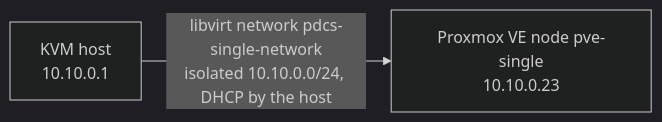
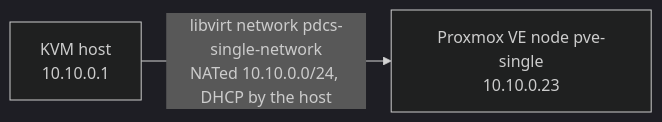
One commit to proxmox-dc-sandbox/scenarios changed the diagram in scenarios/proxmox-single-node/README.md. Above: the diagram before and after it, drawn with Mermaid (dark theme). The commit also changed other lines of this file and 6 other files, not shown here.

````diff
--- a/scenarios/proxmox-single-node/README.md
+++ b/scenarios/proxmox-single-node/README.md
@@ -25,4 +25,4 @@
 ```mermaid
 flowchart LR
-  Host[KVM host<br/>10.10.0.1] -->|libvirt network pdcs-single-network<br/>isolated 10.10.0.0/24, DHCP by the host| PVE[Proxmox VE node pve-single<br/>10.10.0.23]
+  Host[KVM host<br/>10.10.0.1] -->|libvirt network pdcs-single-network<br/>NATed 10.10.0.0/24, DHCP by the host| PVE[Proxmox VE node pve-single<br/>10.10.0.23]
 ```
````
